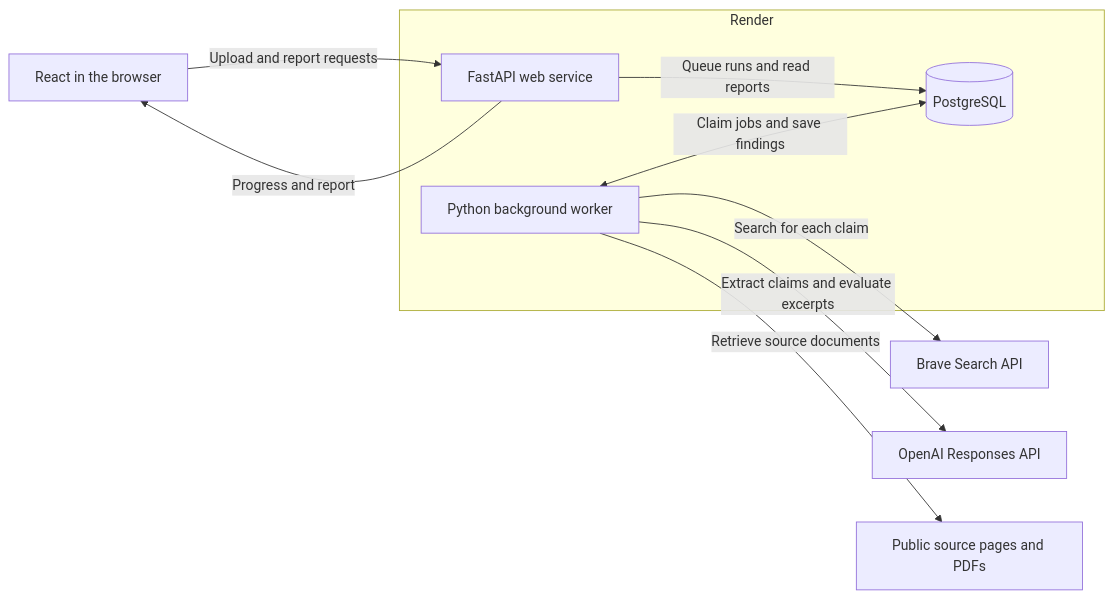
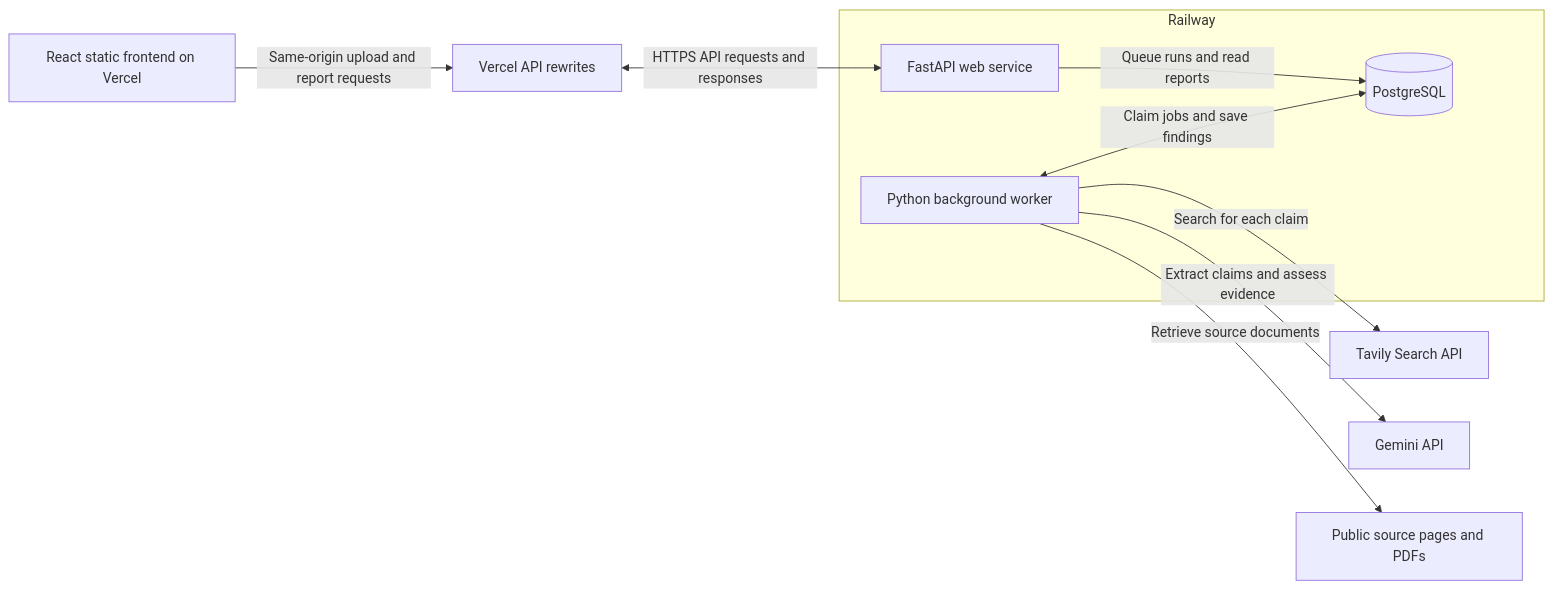
One commit to yasht024/The-fact-check-agent changed the diagram in docs/architecture.md. Above: the diagram before and after it, drawn with Mermaid. The commit also changed other lines of this file and 57 other files, not shown here.

````diff
--- a/docs/architecture.md
+++ b/docs/architecture.md
@@ -7,20 +7,21 @@
 ```mermaid
 flowchart LR
-    UI[React in the browser]
-    subgraph Host[Render]
+    UI[React static frontend on Vercel]
+    Proxy[Vercel API rewrites]
+    subgraph Host[Railway]
         API[FastAPI web service]
         DB[(PostgreSQL)]
         Worker[Python background worker]
     end
-    Search[Brave Search API]
-    Model[OpenAI Responses API]
+    Search[Tavily Search API]
+    Gemini[Gemini API]
     Sources[Public source pages and PDFs]
 
-    UI -->|Upload and report requests| API
-    API -->|Progress and report| UI
+    UI -->|Same-origin upload and report requests| Proxy
+    Proxy <-->|HTTPS API requests and responses| API
     API -->|Queue runs and read reports| DB
     Worker <-->|Claim jobs and save findings| DB
     Worker -->|Search for each claim| Search
-    Worker -->|Extract claims and evaluate excerpts| Model
+    Worker -->|Extract claims and assess evidence| Gemini
     Worker -->|Retrieve source documents| Sources
 ```
````
